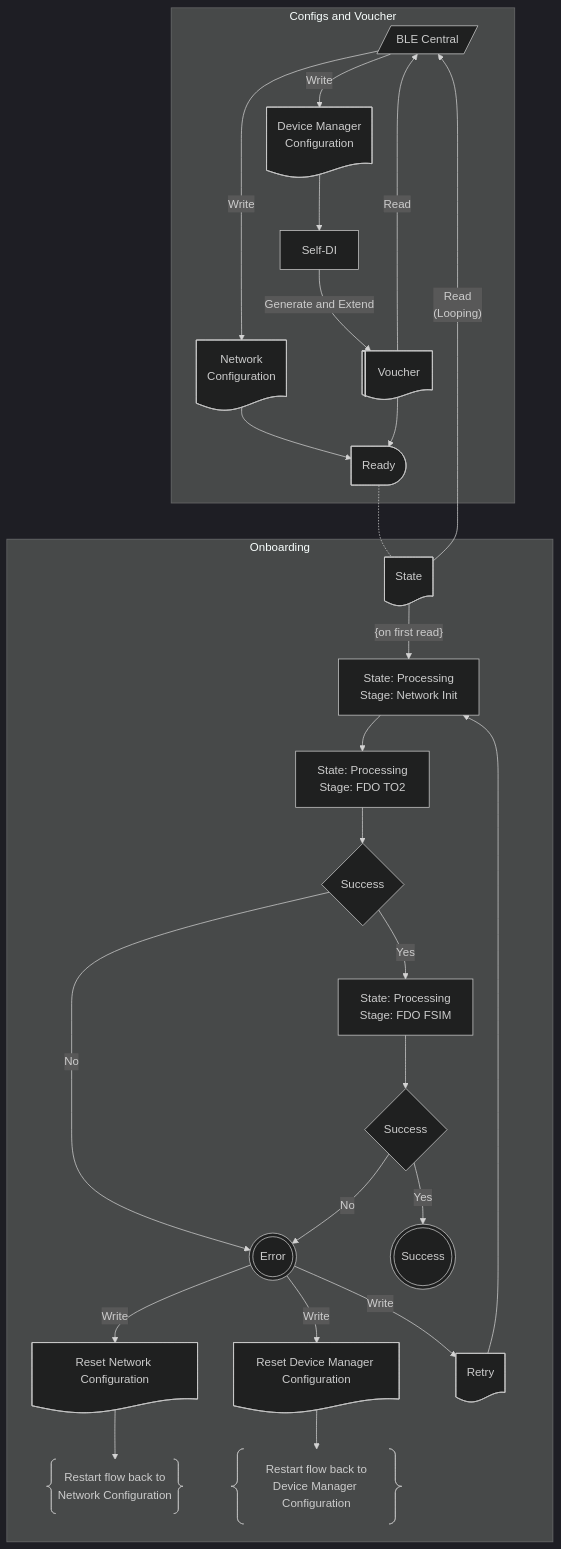
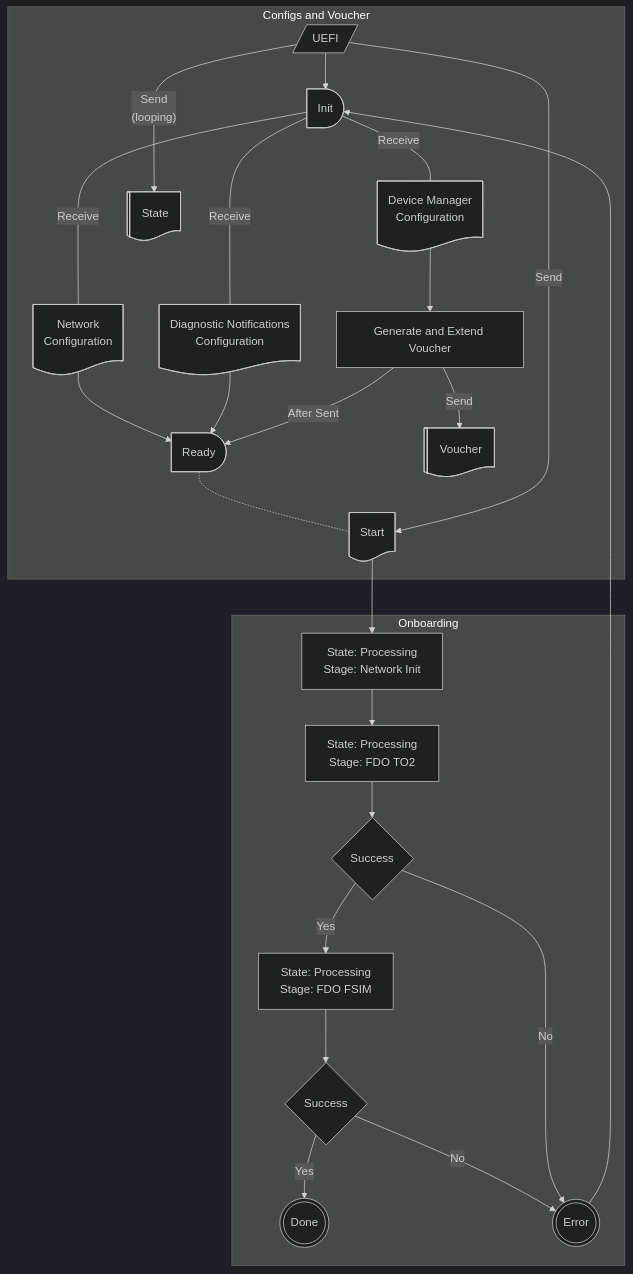
The third of 3 diagrams in SPEC.md (fido-device-onboard/uefi-ble-fdo), drawn with Mermaid (dark theme) before and after one commit. The commit also changed other lines of this file and 1 other file, not shown here.

````diff
--- a/SPEC.md
+++ b/SPEC.md
@@ -103,38 +154,38 @@
 ```mermaid
 flowchart TD
     subgraph Configs and Voucher
-    central@{ shape: lean-r, label: "BLE Central" }
-    central -- Write --> netConfig@{ shape: doc, label: "Network<br/>Configuration" }
-    central -- Write --> devmgrConfig@{ shape: doc, label: "Device Manager<br/>Configuration" }
-    devmgrConfig --> selfDI[Self-DI]
-    voucher@{shape: lin-doc, label: "Voucher"} -- Read --> central
-    selfDI -- Generate and Extend --> voucher
+    central@{ shape: lean-r, label: "UEFI" }
+    init@{ shape: delay, label: "Init" }
+    central --> init
+    init -- Receive --- netConfig@{ shape: doc, label: "Network<br/>Configuration" }
+    init -- Receive --- devmgrConfig@{ shape: doc, label: "Device Manager<br/>Configuration" }
+    init -- Receive --- notifyConfig@{ shape: doc, label: "Diagnostic Notifications<br/>Configuration" }
+    devmgrConfig --> selfDI[Generate and Extend Voucher]
     netConfig --> ready
-    voucher --> ready@{ shape: delay, label: "Ready" }
+    notifyConfig --> ready
+    selfDI -- After Sent--> ready@{ shape: delay, label: "Ready" }
+    selfDI -- Send --> voucher@{shape: lin-doc, label: "Voucher"}
+    ready -.- start@{ shape: doc, label: "Start" }
+    central -- Send --> start
+    central -- Send<br/>(looping) ---> state@{ shape: lin-doc, label: "State" }
     end
 
     subgraph Onboarding
-    ready -.- state@{ shape: doc, label: "State" }
-    state -- {on first read} --> netInit[State: Processing<br/>Stage: Network Init]
-    state -- Read<br/>(Looping) --> central
-    netInit --> fdoConnect[State: Processing<br/>Stage: FDO TO2]
+    start --> netinit[State: Processing<br/>Stage: Network Init]
+
+    netinit --> fdoConnect[State: Processing<br/>Stage: FDO TO2]
 
     fdoConnect --> connected@{ shape: diamond, label: "Success" }
-    connected -- Yes --> fdoXFER[State: Processing<br/>Stage: FDO FSIM]
+    connected -- Yes --> fsim[State: Processing<br/>Stage: FDO FSIM]
+
+    fsim --> transferred@{ shape: diamond, label: "Success" }
+    transferred -- Yes --> success@{ shape: dbl-circ, label: "Done" }
+
+    transferred -- No -->error
     connected -- No -->error@{ shape: dbl-circ, label: "Error" }
-    error -- Write --> rnetConfig@{ shape: doc, label: "Reset Network Configuration" }
-    rnetConfig --> resetNetCfg@{ shape: braces, label: "Restart flow back to<br/>Network Configuration" }
 
-    fdoXFER --> transferred@{ shape: diamond, label: "Success" }
-    transferred -- Yes --> success@{ shape: dbl-circ, label: "Success" }
-    transferred -- No -->error
+    error --> init
 
-    error -- Write --> rdevmgrConfig@{ shape: doc, label: "Reset Device Manager Configuration" }
-    rdevmgrConfig  --> resetDevMgrCfg@{ shape: braces, label: "Restart flow back to<br/>Device Manager Configuration" }
-
-    error -- Write --> retry@{ shape: doc, label: "Retry" }
-    retry --> netInit
 
     end
-
 ```
````
